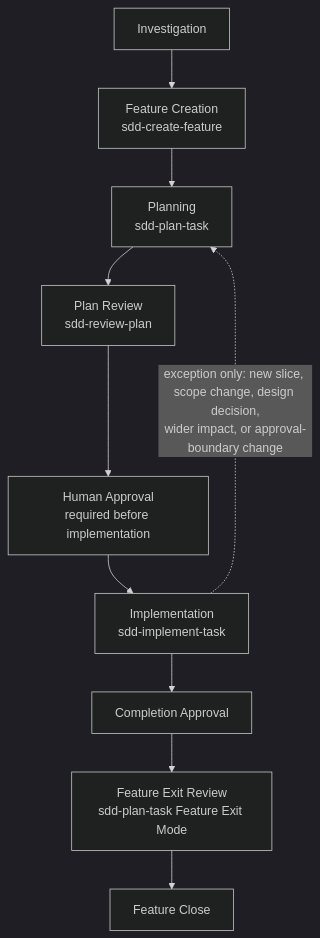
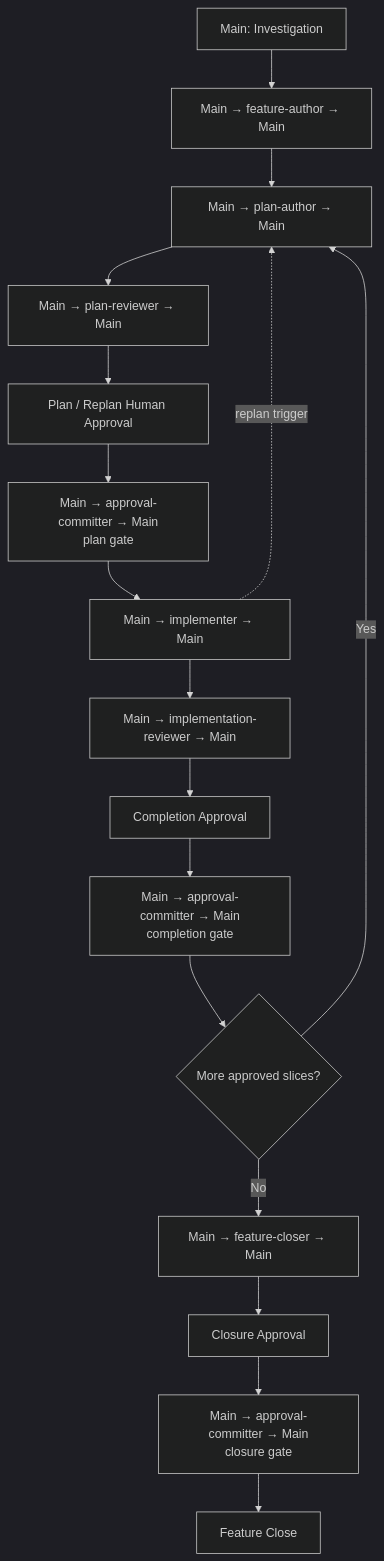
Before and after one commit to kittybbit/vscode-ajsbutler: the diagram in docs/specs/README.md, drawn with Mermaid (dark theme). The commit also changed other lines of this file and 248 other files, not shown here.

First line of the commit message:
Consolidate architecture refactors and SDD workflow boundaries (#307)

````diff
--- a/docs/specs/README.md
+++ b/docs/specs/README.md
@@ -28,12 +30,19 @@
 ```mermaid
 flowchart TD
-    A["Investigation"] --> B["Feature Creation<br/>sdd-create-feature"]
-    B --> C["Planning<br/>sdd-plan-task"]
-    C --> D["Plan Review<br/>sdd-review-plan"]
-    D --> E["Human Approval<br/>required before implementation"]
-    E --> F["Implementation<br/>sdd-implement-task"]
-    F --> G["Completion Approval"]
-    G --> H["Feature Exit Review<br/>sdd-plan-task Feature Exit Mode"]
-    H --> I["Feature Close"]
-    F -. "exception only: new slice, scope change, design decision,<br/>wider impact, or approval-boundary change" .-> C
+    A["Main: Investigation"] --> B["Main → feature-author → Main"]
+    B --> C["Main → plan-author → Main"]
+    C --> D["Main → plan-reviewer → Main"]
+    D --> E["Plan / Replan Human Approval"]
+    E --> F["Main → approval-committer → Main<br/>plan gate"]
+    F --> G["Main → implementer → Main"]
+    G --> H["Main → implementation-reviewer → Main"]
+    H --> I["Completion Approval"]
+    I --> J["Main → approval-committer → Main<br/>completion gate"]
+    J --> K{"More approved slices?"}
+    K -->|"Yes"| C
+    K -->|"No"| L["Main → feature-closer → Main"]
+    L --> M["Closure Approval"]
+    M --> N["Main → approval-committer → Main<br/>closure gate"]
+    N --> O["Feature Close"]
+    G -. "replan trigger" .-> C
 ```
````
